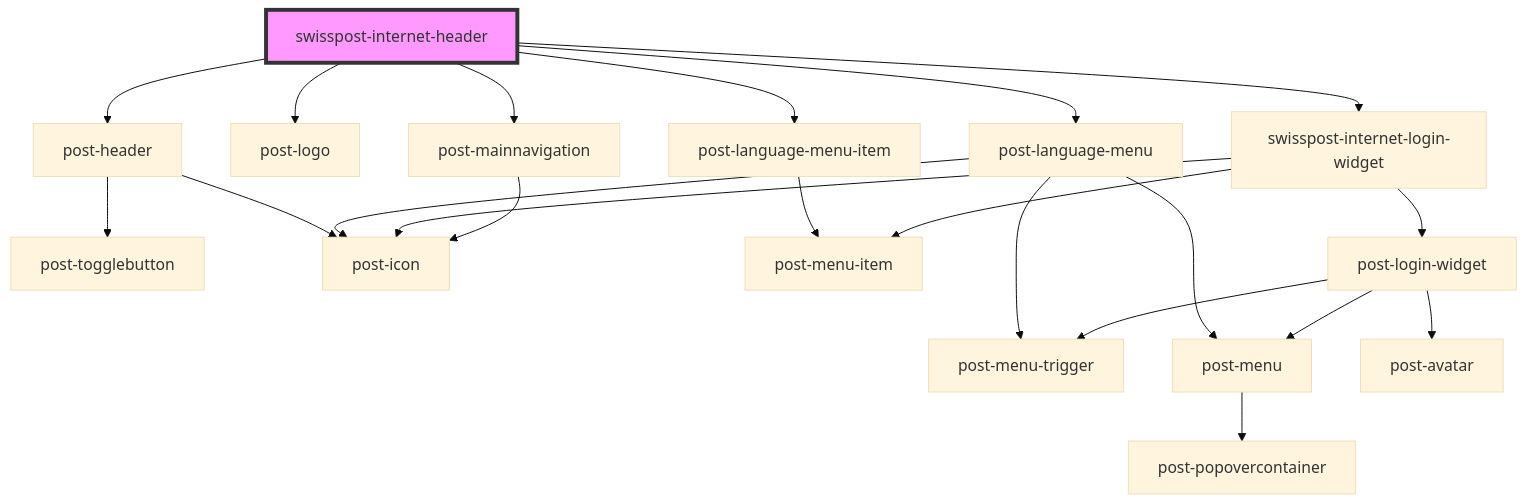
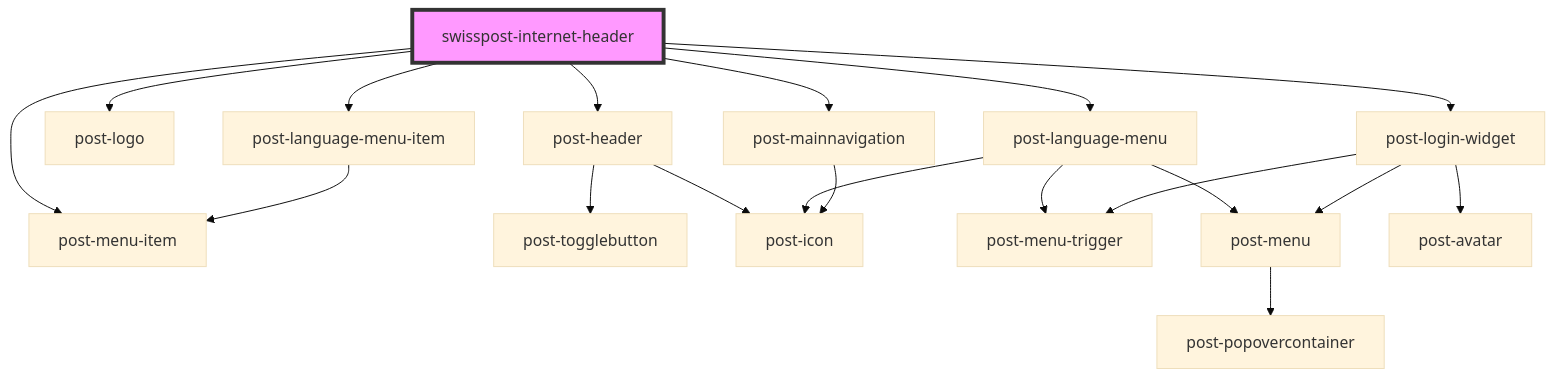
Before and after one commit to swisspost/design-system: the diagram in packages/internet-header/src/components/post-internet-header/readme.md, drawn with Mermaid (base theme). The commit also changed other lines of this file and 7 other files, not shown here.

Commit message:
chore(internet-header): remove swisspost-internet-login-widget export

````diff
--- a/packages/internet-header/src/components/post-internet-header/readme.md
+++ b/packages/internet-header/src/components/post-internet-header/readme.md
@@ -45,24 +46,22 @@
 ```mermaid
 graph TD;
   swisspost-internet-header --> post-header
   swisspost-internet-header --> post-logo
   swisspost-internet-header --> post-language-menu
   swisspost-internet-header --> post-language-menu-item
-  swisspost-internet-header --> swisspost-internet-login-widget
+  swisspost-internet-header --> post-login-widget
+  swisspost-internet-header --> post-menu-item
   swisspost-internet-header --> post-mainnavigation
   post-header --> post-togglebutton
   post-header --> post-icon
   post-language-menu --> post-menu-trigger
   post-language-menu --> post-icon
   post-language-menu --> post-menu
   post-menu --> post-popovercontainer
   post-language-menu-item --> post-menu-item
-  swisspost-internet-login-widget --> post-login-widget
-  swisspost-internet-login-widget --> post-menu-item
-  swisspost-internet-login-widget --> post-icon
   post-login-widget --> post-menu-trigger
   post-login-widget --> post-avatar
   post-login-widget --> post-menu
   post-mainnavigation --> post-icon
   style swisspost-internet-header fill:#f9f,stroke:#333,stroke-width:4px
 ```
````
